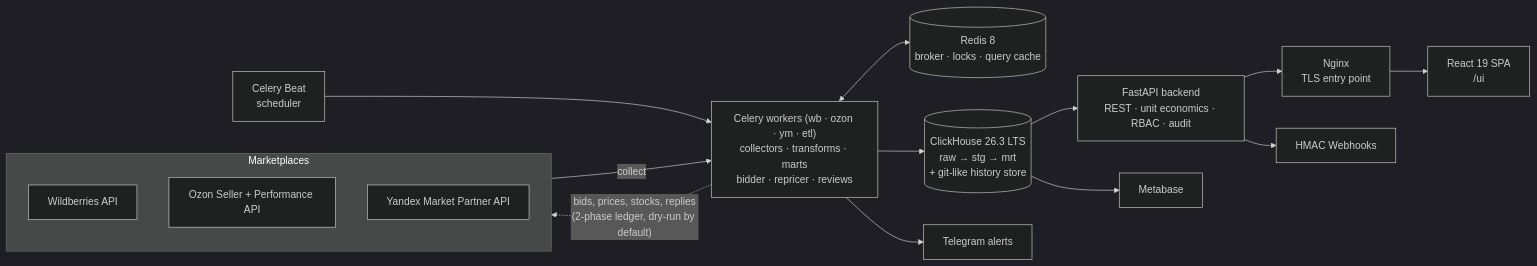
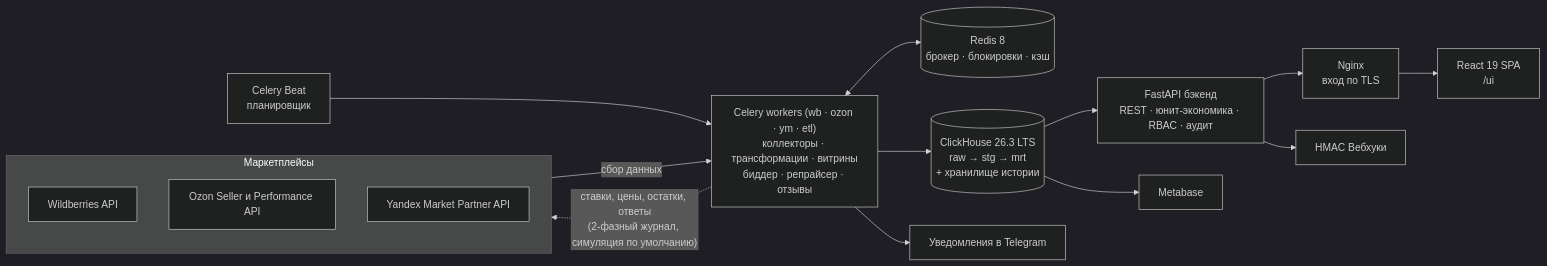
One commit to Bormotoon/BormoStats changed the diagram in README.md. Above: the diagram before and after it, drawn with Mermaid (dark theme). The commit also changed other lines of this file and 2 other files, not shown here.

````diff
--- a/README.md
+++ b/README.md
@@ -252,20 +254,20 @@
 ```mermaid
 flowchart LR
-    subgraph MP["Marketplaces"]
+    subgraph MP["Маркетплейсы"]
         WB["Wildberries API"]
-        OZ["Ozon Seller + Performance API"]
+        OZ["Ozon Seller и Performance API"]
         YM["Yandex Market Partner API"]
     end
 
-    Beat["Celery Beat<br/>scheduler"] --> Worker
-    MP -- "collect" --> Worker["Celery workers (wb · ozon · ym · etl)<br/>collectors · transforms · marts<br/>bidder · repricer · reviews"]
-    Worker -. "bids, prices, stocks, replies<br/>(2-phase ledger, dry-run by default)" .-> MP
-    Worker <--> Redis[("Redis 8<br/>broker · locks · query cache")]
-    Worker --> CH[("ClickHouse 26.3 LTS<br/>raw → stg → mrt<br/>+ git-like history store")]
-    CH --> API["FastAPI backend<br/>REST · unit economics · RBAC · audit"]
-    API --> Nginx["Nginx<br/>TLS entry point"]
+    Beat["Celery Beat<br/>планировщик"] --> Worker
+    MP -- "сбор данных" --> Worker["Celery workers (wb · ozon · ym · etl)<br/>коллекторы · трансформации · витрины<br/>биддер · репрайсер · отзывы"]
+    Worker -. "ставки, цены, остатки, ответы<br/>(2-фазный журнал, симуляция по умолчанию)" .-> MP
+    Worker <--> Redis[("Redis 8<br/>брокер · блокировки · кэш")]
+    Worker --> CH[("ClickHouse 26.3 LTS<br/>raw → stg → mrt<br/>+ хранилище истории")]
+    CH --> API["FastAPI бэкенд<br/>REST · юнит-экономика · RBAC · аудит"]
+    API --> Nginx["Nginx<br/>вход по TLS"]
     Nginx --> UI["React 19 SPA<br/>/ui"]
     CH --> MB["Metabase"]
-    Worker --> TG["Telegram alerts"]
-    API --> WH["HMAC Webhooks"]
+    Worker --> TG["Уведомления в Telegram"]
+    API --> WH["HMAC Вебхуки"]
 ```
````
